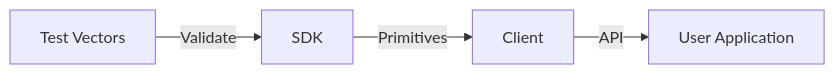
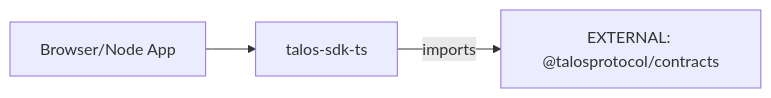
One commit to talosprotocol/talos-sdk-ts changed the diagram in docs/wiki/Architecture.md. Above: the diagram before and after it, drawn with Mermaid. The commit also changed other lines of this file and 1 other file, not shown here.

Commit message:
feat: add test script and architecture docs with [EXTERNAL] tags

````diff
--- a/docs/wiki/Architecture.md
+++ b/docs/wiki/Architecture.md
@@ -35,6 +35,5 @@
 ```mermaid
 graph LR
-    Vectors[Test Vectors] -->|"Validate"| SDK
-    SDK -->|"Primitives"| Client
-    Client -->|"API"| App[User Application]
+    App[Browser/Node App] --> SDK[talos-sdk-ts]
+    SDK --> |imports| TC[EXTERNAL: @talosprotocol/contracts]
 ```
````
